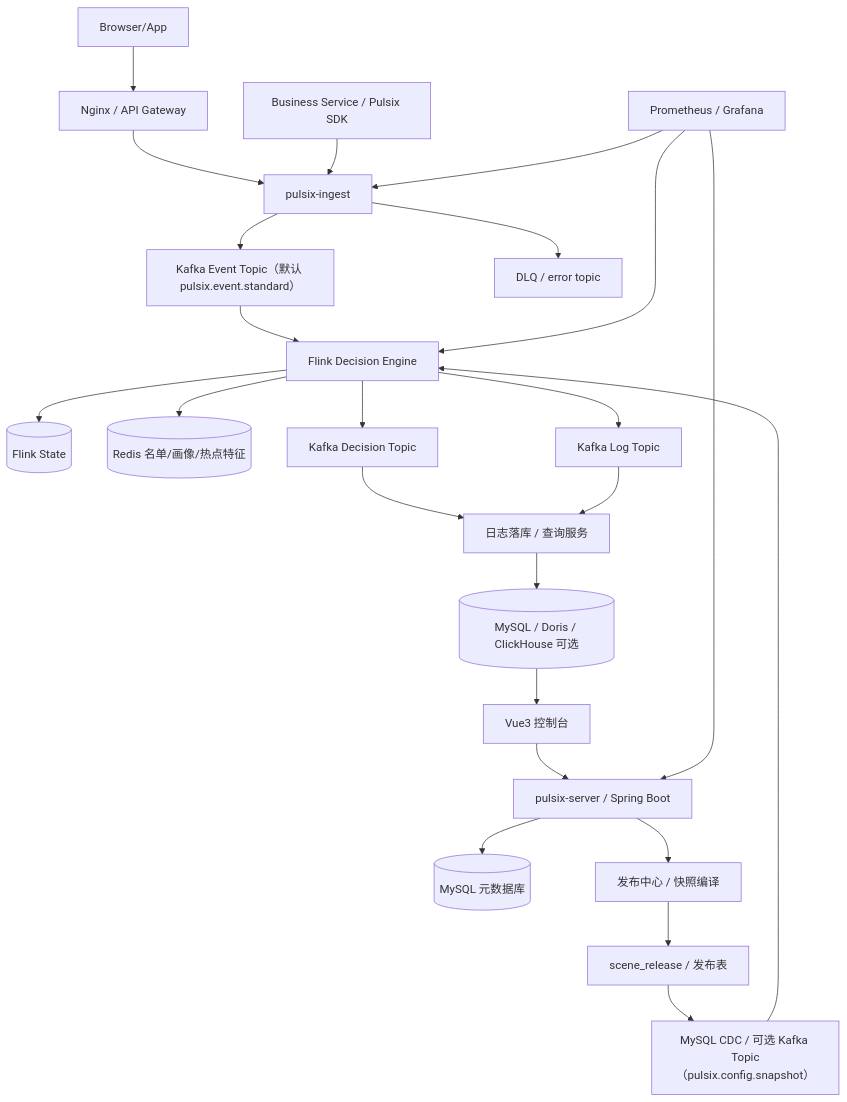
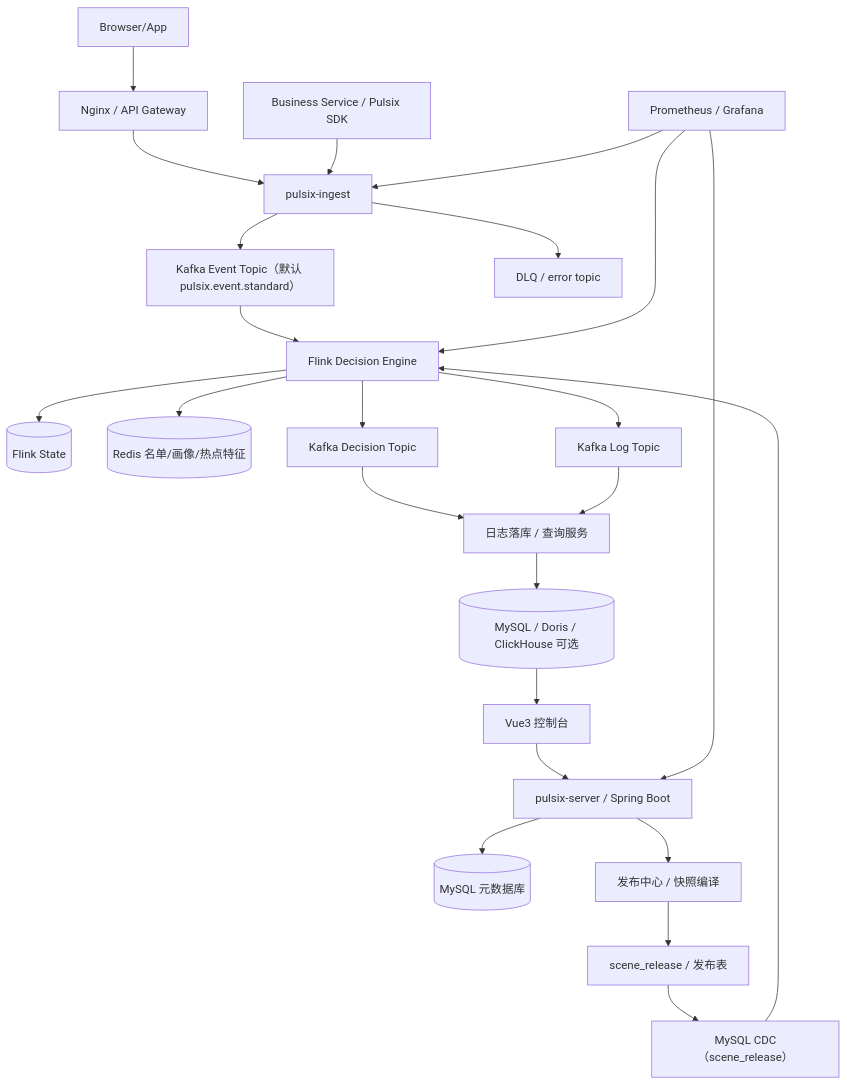
The diagram in docs/参考资料/实时风控系统第4章：系统总体架构设计总览.md (liboshuai01/pulsix), drawn with Mermaid before and after one commit. The commit also changed other lines of this file and 17 other files, not shown here.

````diff
--- a/docs/参考资料/实时风控系统第4章：系统总体架构设计总览.md
+++ b/docs/参考资料/实时风控系统第4章：系统总体架构设计总览.md
@@ -149,31 +149,31 @@
 ```mermaid
 graph TD
     A[Browser/App] --> B[Nginx / API Gateway]
     B --> C[pulsix-ingest]
     D[Business Service / Pulsix SDK] --> C
     C --> E[Kafka Event Topic（默认 pulsix.event.standard）]
 
     F[Vue3 控制台] --> G[pulsix-server / Spring Boot]
     G --> H[(MySQL 元数据库)]
     G --> I[发布中心 / 快照编译]
     I --> J[scene_release / 发布表]
-    J --> K[MySQL CDC / 可选 Kafka Topic（pulsix.config.snapshot）]
+    J --> K[MySQL CDC（scene_release）]
 
     E --> L[Flink Decision Engine]
     K --> L
     C --> M[DLQ / error topic]
 
     L --> N[(Flink State)]
     L --> O[(Redis 名单/画像/热点特征)]
     L --> P[Kafka Decision Topic]
     L --> Q[Kafka Log Topic]
 
     P --> R[日志落库 / 查询服务]
     Q --> R
     R --> S[(MySQL / Doris / ClickHouse 可选)]
 
     S --> F
     T[Prometheus / Grafana] --> L
     T --> G
     T --> C
 ```
````
